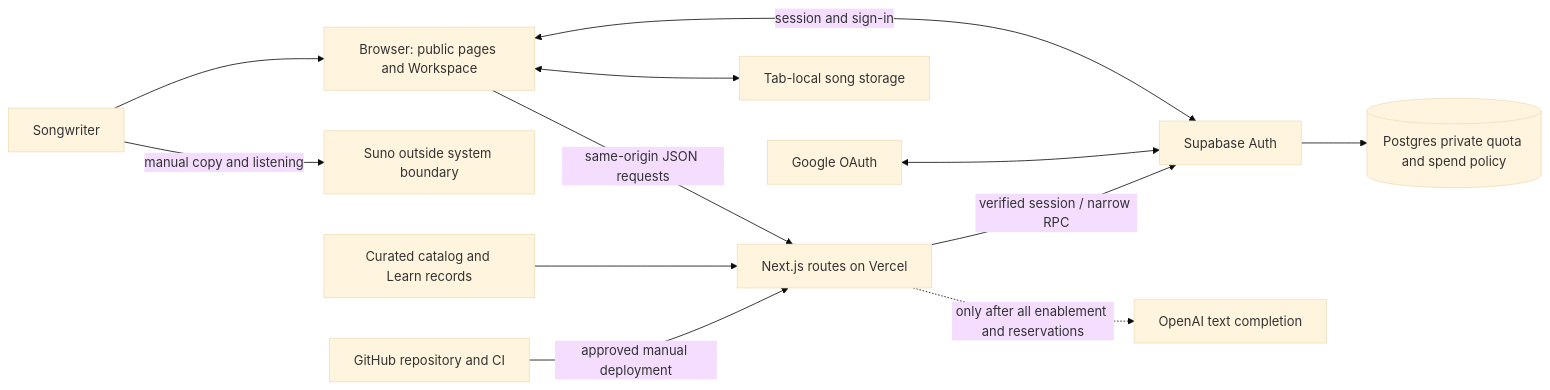
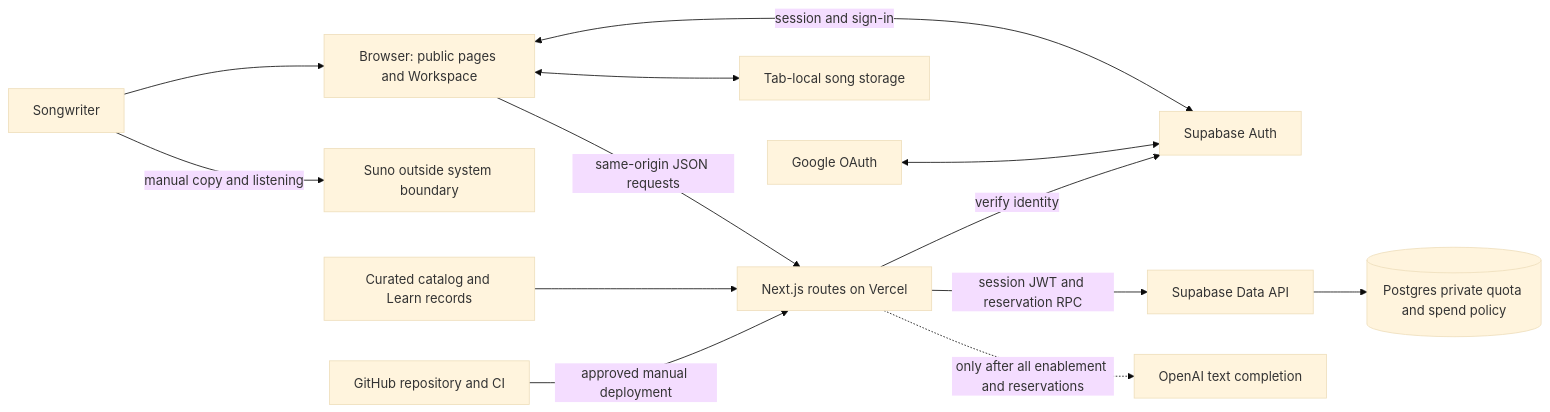
The first of 4 diagrams in docs/architecture/System-Architecture.md (thelostquarryrocks-prog/promptsuno), drawn with Mermaid (base theme) before and after one commit. The commit also changed 1 other file, not shown here.

Commit message:
Clarify Auth and Data API boundaries in system diagram

````diff
--- a/docs/architecture/System-Architecture.md
+++ b/docs/architecture/System-Architecture.md
@@ -50,14 +50,15 @@
 ```mermaid
 flowchart LR
   U[Songwriter] --> B[Browser: public pages and Workspace]
   B -->|same-origin JSON requests| N[Next.js routes on Vercel]
   B <--> L[Tab-local song storage]
   B <-->|session and sign-in| A[Supabase Auth]
   G[Google OAuth] <--> A
-  N -->|verified session / narrow RPC| A
-  A --> D[(Postgres private quota and spend policy)]
+  N -->|verify identity| A
+  N -->|session JWT and reservation RPC| Q[Supabase Data API]
+  Q --> D[(Postgres private quota and spend policy)]
   N -.->|only after all enablement and reservations| O[OpenAI text completion]
   U -->|manual copy and listening| S[Suno outside system boundary]
   R[Curated catalog and Learn records] --> N
   H[GitHub repository and CI] -->|approved manual deployment| N
 ```
````
